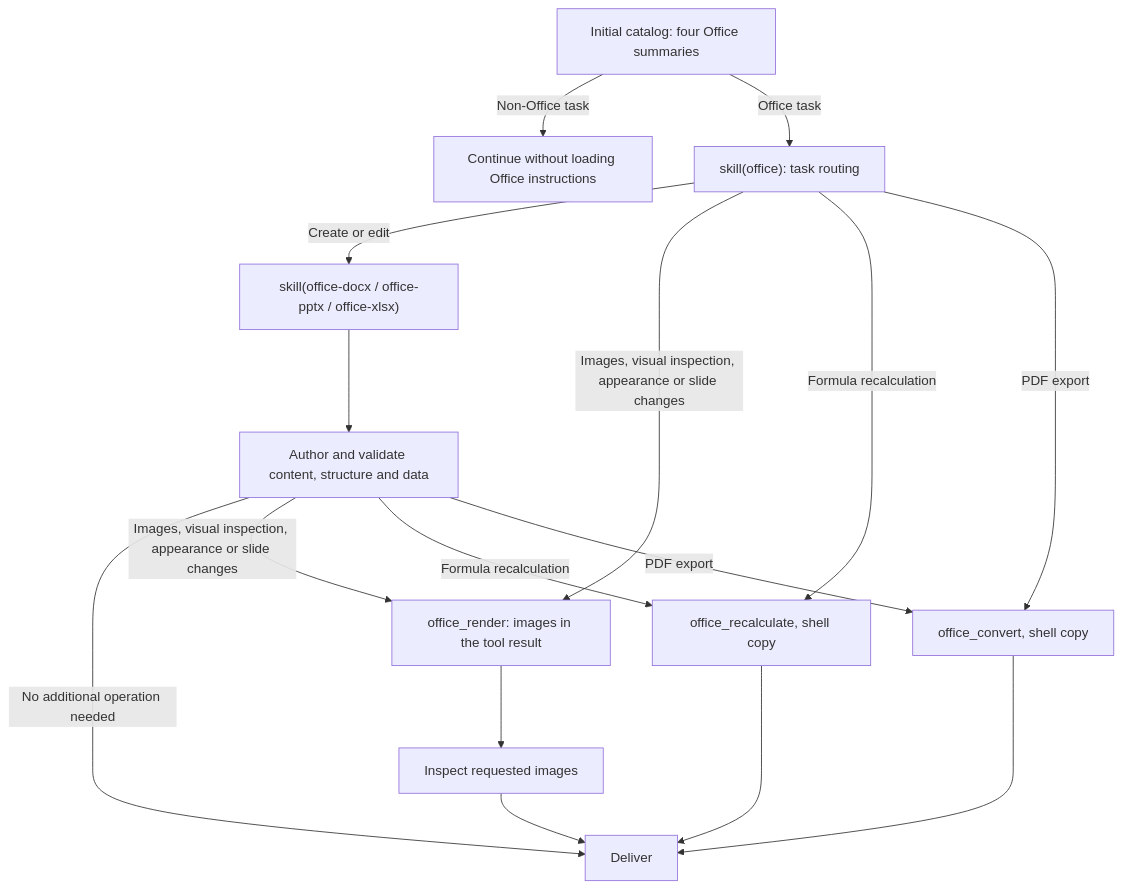
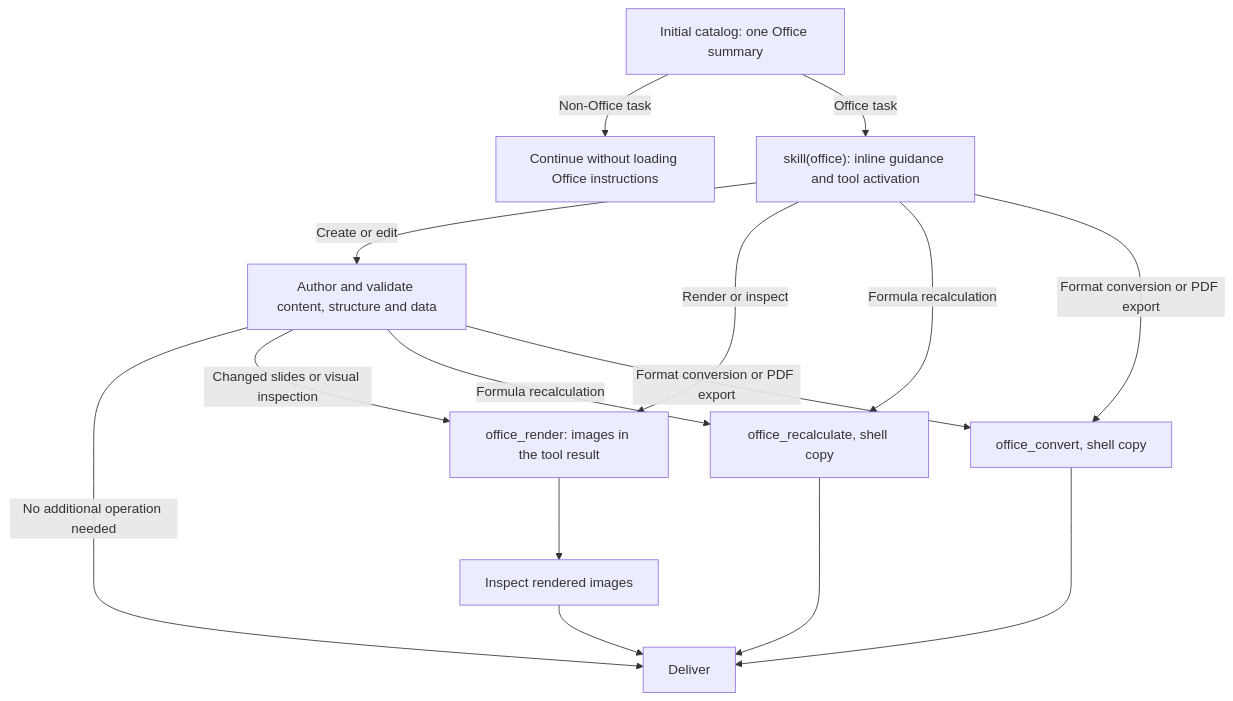
The diagram in upstream/packages/skill/skill-office/README.md (hyperion2144/dsh-desktop-plus), drawn with Mermaid before and after one commit. The commit also changed other lines of this file and 3301 other files, not shown here.

````diff
--- a/upstream/packages/skill/skill-office/README.md
+++ b/upstream/packages/skill/skill-office/README.md
@@ -50,23 +50,22 @@
 ```mermaid
 flowchart TD
-    A["Initial catalog: four Office summaries"]
+    A["Initial catalog: one Office summary"]
     A -->|Non-Office task| N["Continue without loading Office instructions"]
-    A -->|Office task| B["skill(office): task routing"]
+    A -->|Office task| B["skill(office): inline guidance and tool activation"]
 
-    B -->|Create or edit| C["skill(office-docx / office-pptx / office-xlsx)"]
-    C --> D["Author and validate content, structure and data"]
+    B -->|Create or edit| D["Author and validate content, structure and data"]
     D -->|No additional operation needed| F["Deliver"]
 
-    B -->|Images, visual inspection, appearance or slide changes| R["office_render: images in the tool result"]
-    D -->|Images, visual inspection, appearance or slide changes| R
-    R --> V["Inspect requested images"]
+    B -->|Render or inspect| R["office_render: images in the tool result"]
+    D -->|Changed slides or visual inspection| R
+    R --> V["Inspect rendered images"]
     V --> F
 
     B -->|Formula recalculation| X["office_recalculate, shell copy"]
     D -->|Formula recalculation| X
     X --> F
 
-    B -->|PDF export| P["office_convert, shell copy"]
-    D -->|PDF export| P
+    B -->|Format conversion or PDF export| P["office_convert, shell copy"]
+    D -->|Format conversion or PDF export| P
     P --> F
 ```
````
